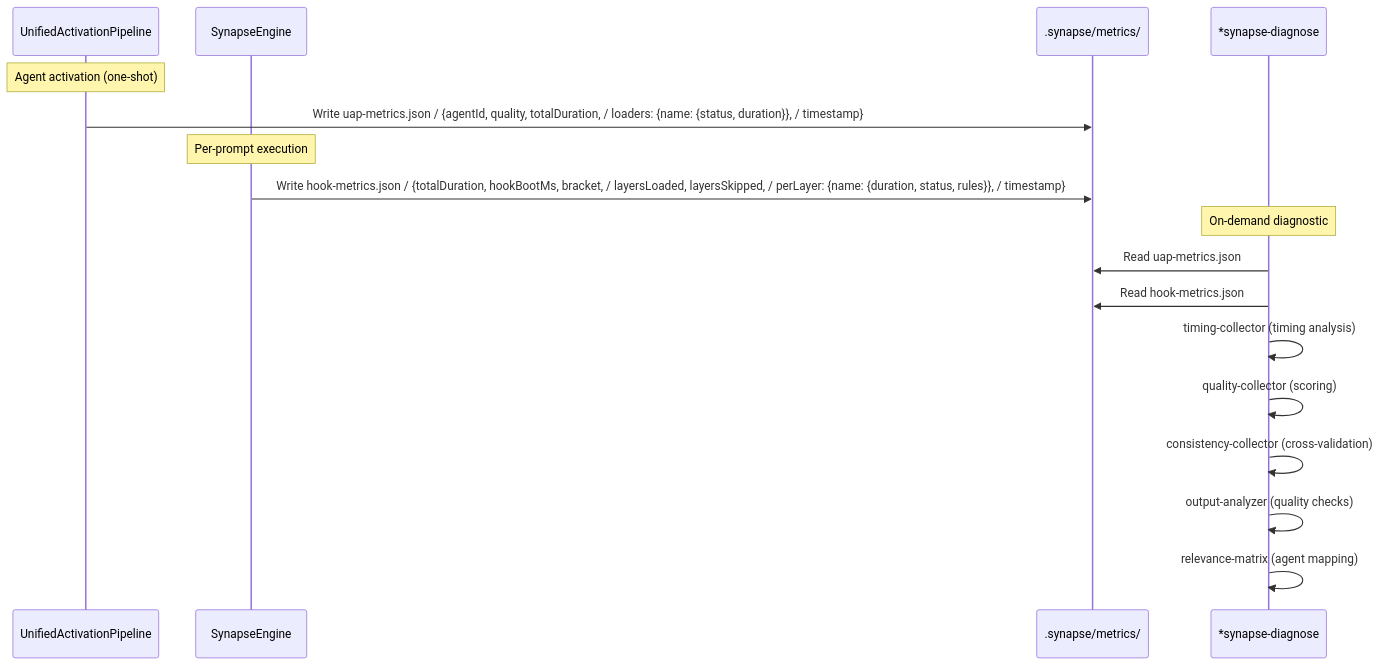
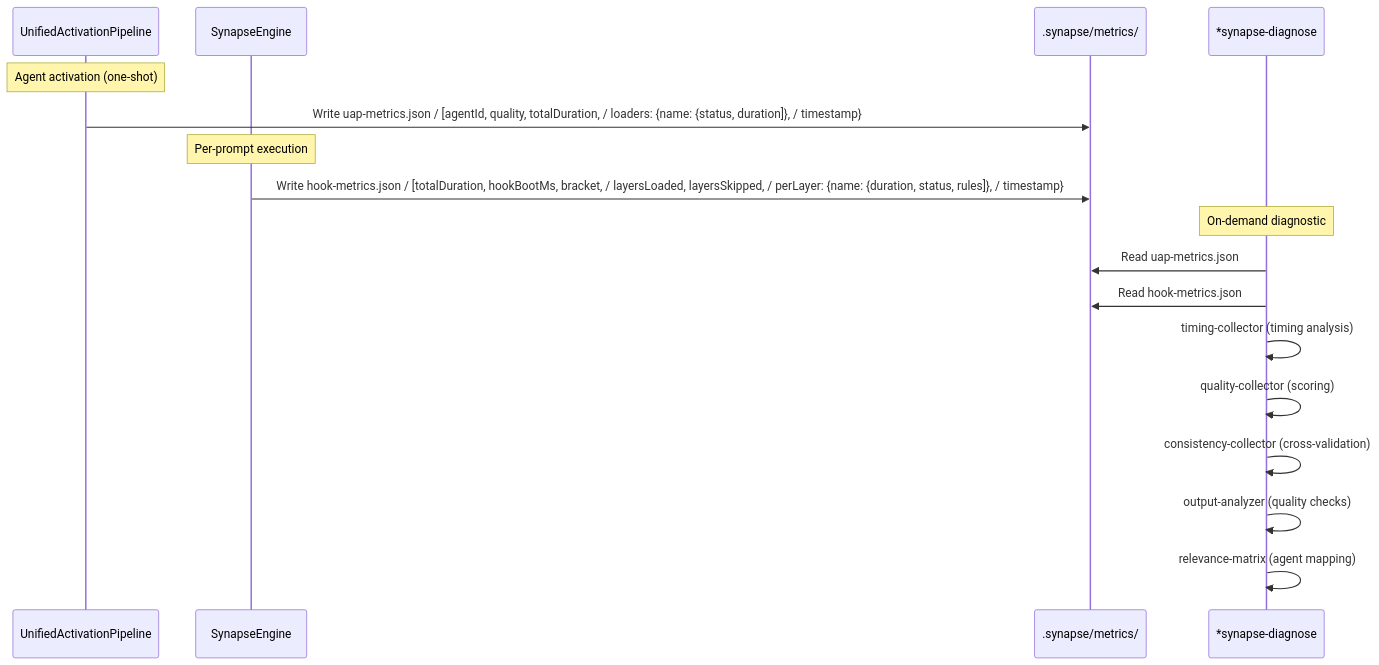
Diagram 16 of 16 in content/en/docs/architecture/SYNAPSE/SYNAPSE-FLOWCHARTS.mdx (bychrisr/aios-docs), drawn with Mermaid before and after one commit. The commit also changed other lines of this file and 40 other files, not shown here.

````diff
--- a/content/en/docs/architecture/SYNAPSE/SYNAPSE-FLOWCHARTS.mdx
+++ b/content/en/docs/architecture/SYNAPSE/SYNAPSE-FLOWCHARTS.mdx
@@ -855,22 +855,22 @@
 ```mermaid
 sequenceDiagram
     participant UAP as UnifiedActivationPipeline
     participant E as SynapseEngine
     participant FS as .synapse/metrics/
     participant D as *synapse-diagnose
 
     Note over UAP: Agent activation (one-shot)
-    UAP->>FS: Write uap-metrics.json / {agentId, quality, totalDuration, / loaders: {name: {status, duration}}, / timestamp}
+    UAP->>FS: Write uap-metrics.json / [agentId, quality, totalDuration, / loaders: {name: {status, duration]}, / timestamp}
 
     Note over E: Per-prompt execution
-    E->>FS: Write hook-metrics.json / {totalDuration, hookBootMs, bracket, / layersLoaded, layersSkipped, / perLayer: {name: {duration, status, rules}}, / timestamp}
+    E->>FS: Write hook-metrics.json / [totalDuration, hookBootMs, bracket, / layersLoaded, layersSkipped, / perLayer: {name: {duration, status, rules]}, / timestamp}
 
     Note over D: On-demand diagnostic
     D->>FS: Read uap-metrics.json
     D->>FS: Read hook-metrics.json
     D->>D: timing-collector (timing analysis)
     D->>D: quality-collector (scoring)
     D->>D: consistency-collector (cross-validation)
     D->>D: output-analyzer (quality checks)
     D->>D: relevance-matrix (agent mapping)
 ```
````
